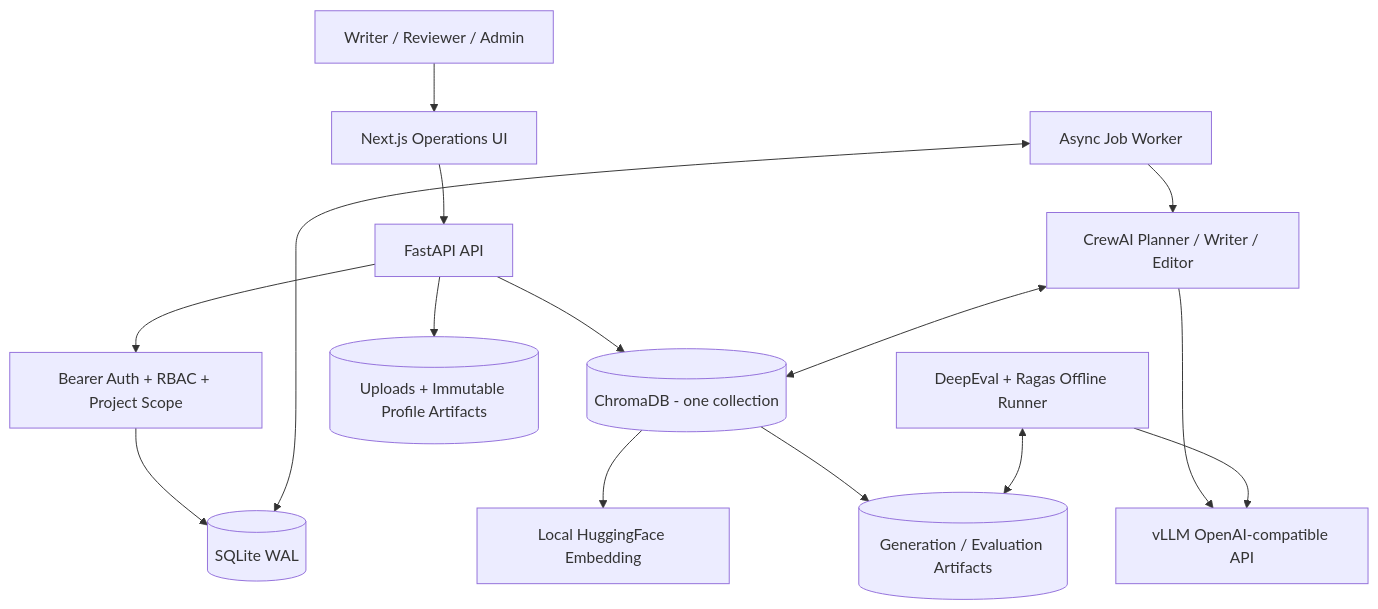
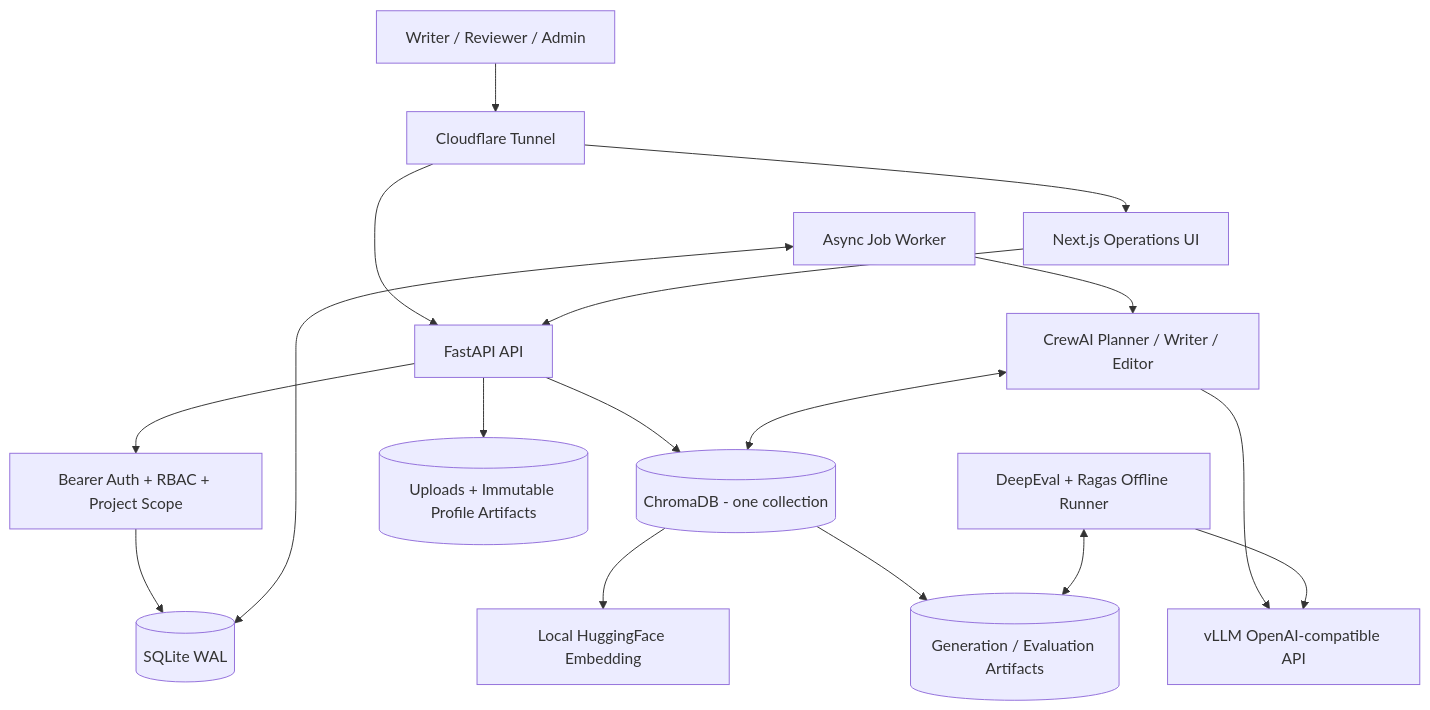
The first of 8 diagrams in PIPELINE_ARCHITECTURE.md (thoaitrantlgt/Brand-Voice-RAG-Content-System), drawn with Mermaid before and after one commit. The commit also changed other lines of this file and 22 other files, not shown here.

````diff
--- a/PIPELINE_ARCHITECTURE.md
+++ b/PIPELINE_ARCHITECTURE.md
@@ -103,31 +105,34 @@
 ```mermaid
 flowchart TB
     USER[Writer / Reviewer / Admin]
+    CF[Cloudflare Tunnel]
     UI[Next.js Operations UI]
     API[FastAPI API]
     AUTH[Bearer Auth + RBAC + Project Scope]
     DB[(SQLite WAL)]
     WORKER[Async Job Worker]
     CREW[CrewAI Planner / Writer / Editor]
     VLLM[vLLM OpenAI-compatible API]
     EMBED[Local HuggingFace Embedding]
     CHROMA[(ChromaDB - one collection)]
     FILES[(Uploads + Immutable Profile Artifacts)]
     ARTIFACTS[(Generation / Evaluation Artifacts)]
     EVAL[DeepEval + Ragas Offline Runner]
 
-    USER --> UI
+    USER --> CF
+    CF --> UI
+    CF --> API
     UI --> API
     API --> AUTH
     AUTH --> DB
     API --> FILES
     API --> CHROMA
     WORKER <--> DB
     WORKER --> CREW
     CREW --> VLLM
     CREW <--> CHROMA
     CHROMA --> EMBED
     EVAL --> VLLM
     CHROMA --> ARTIFACTS
     EVAL <--> ARTIFACTS
 ```
````
